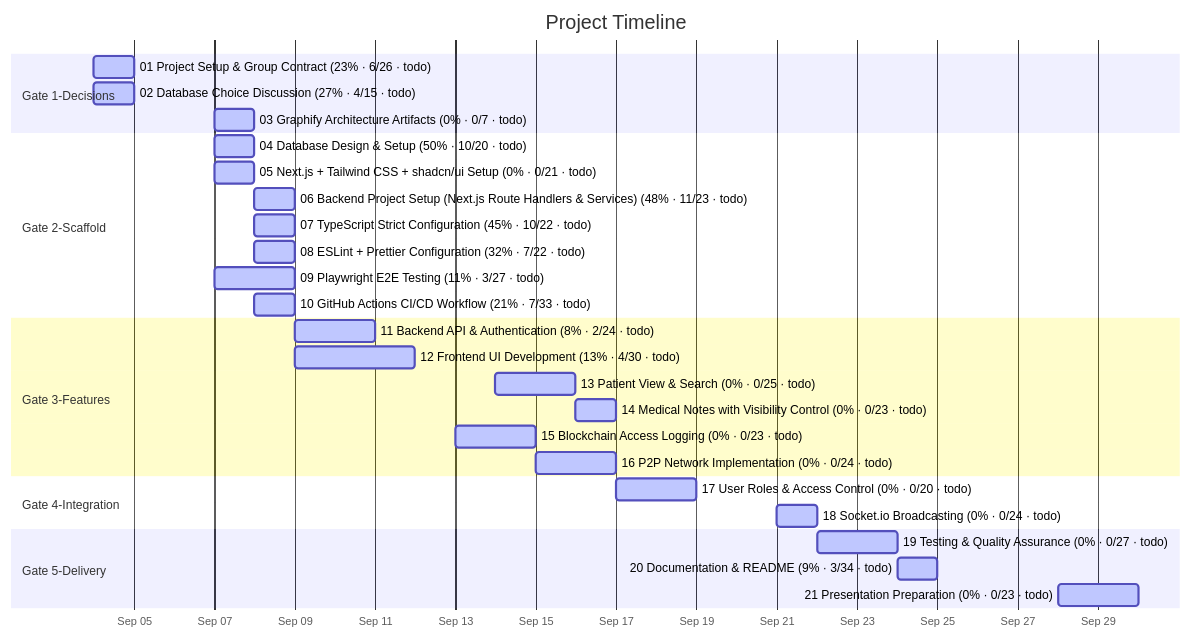
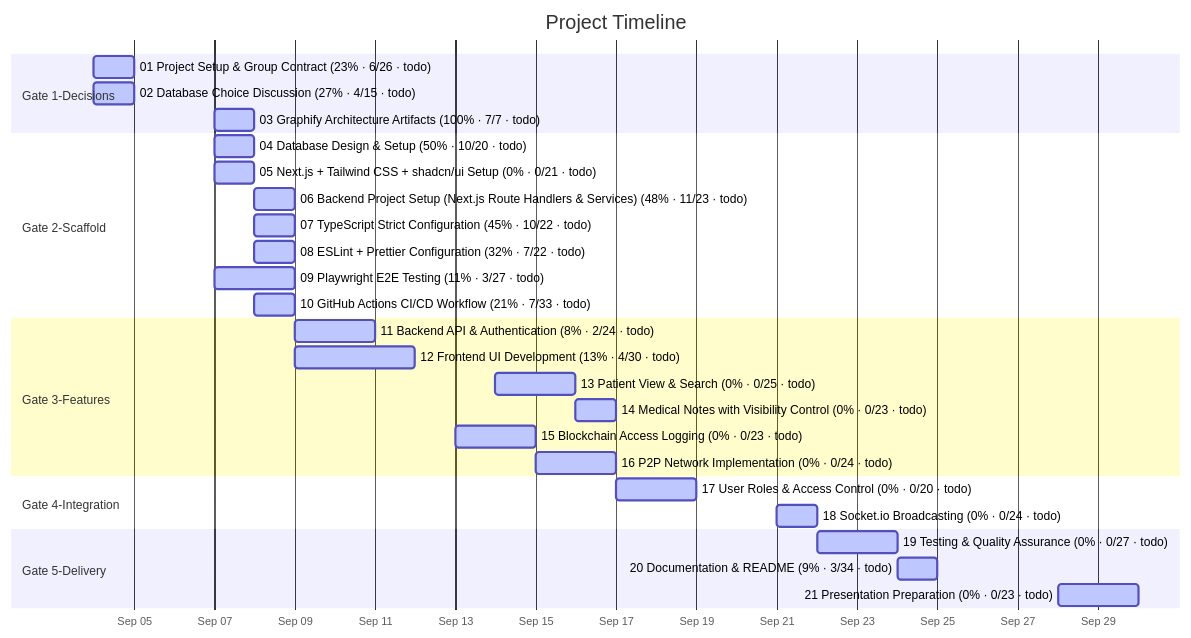
Before and after one commit to matdevstamp/inl-3-awesome-journal: the diagram in docs/diagrams/task-gantt.md, drawn with Mermaid. The commit also changed 6 other files, not shown here.

Commit message:
docs: add graphify architecture artifacts and review (task 03)

````diff
--- a/docs/diagrams/task-gantt.md
+++ b/docs/diagrams/task-gantt.md
@@ -25,33 +25,33 @@
 ```mermaid
 gantt
     title Project Timeline
     dateFormat  YYYY-MM-DD
     axisFormat  %b %d
 
     section Gate 1-Decisions
     01 Project Setup & Group Contract (23% · 6/26 · todo) : active, 2026-09-04, 1d
     02 Database Choice Discussion (27% · 4/15 · todo) : active, 2026-09-04, 1d
-    03 Graphify Architecture Artifacts (0% · 0/7 · todo) : active, 2026-09-07, 1d
+    03 Graphify Architecture Artifacts (100% · 7/7 · todo) : active, 2026-09-07, 1d
     section Gate 2-Scaffold
     04 Database Design & Setup (50% · 10/20 · todo) : active, 2026-09-07, 1d
     05 Next.js + Tailwind CSS + shadcn/ui Setup (0% · 0/21 · todo) : active, 2026-09-07, 1d
     06 Backend Project Setup (Next.js Route Handlers & Services) (48% · 11/23 · todo) : active, 2026-09-08, 1d
     07 TypeScript Strict Configuration (45% · 10/22 · todo) : active, 2026-09-08, 1d
     08 ESLint + Prettier Configuration (32% · 7/22 · todo) : active, 2026-09-08, 1d
     09 Playwright E2E Testing (11% · 3/27 · todo) : active, 2026-09-07, 2d
     10 GitHub Actions CI/CD Workflow (21% · 7/33 · todo) : active, 2026-09-08, 1d
     section Gate 3-Features
     11 Backend API & Authentication (8% · 2/24 · todo) : active, 2026-09-09, 2d
     12 Frontend UI Development (13% · 4/30 · todo) : active, 2026-09-09, 3d
     13 Patient View & Search (0% · 0/25 · todo) : active, 2026-09-14, 2d
     14 Medical Notes with Visibility Control (0% · 0/23 · todo) : active, 2026-09-16, 1d
     15 Blockchain Access Logging (0% · 0/23 · todo) : active, 2026-09-13, 2d
     16 P2P Network Implementation (0% · 0/24 · todo) : active, 2026-09-15, 2d
     section Gate 4-Integration
     17 User Roles & Access Control (0% · 0/20 · todo) : active, 2026-09-17, 2d
     18 Socket.io Broadcasting (0% · 0/24 · todo) : active, 2026-09-21, 1d
     section Gate 5-Delivery
     19 Testing & Quality Assurance (0% · 0/27 · todo) : active, 2026-09-22, 2d
     20 Documentation & README (9% · 3/34 · todo) : active, 2026-09-24, 1d
     21 Presentation Preparation (0% · 0/23 · todo) : active, 2026-09-28, 2d
 ```
````
